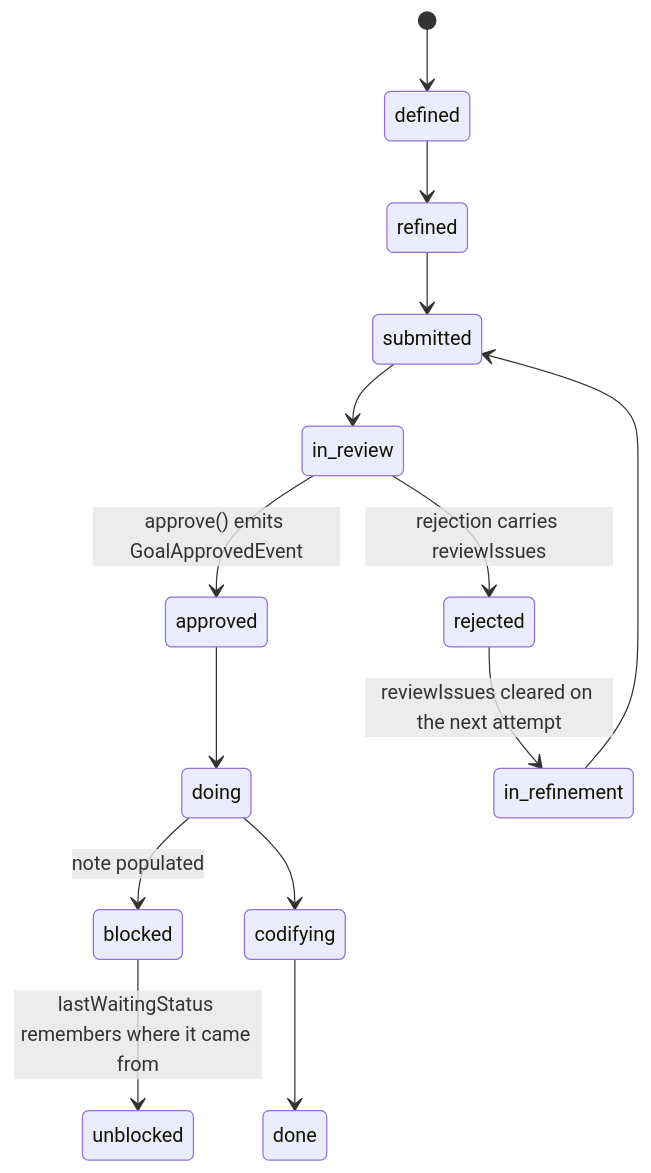
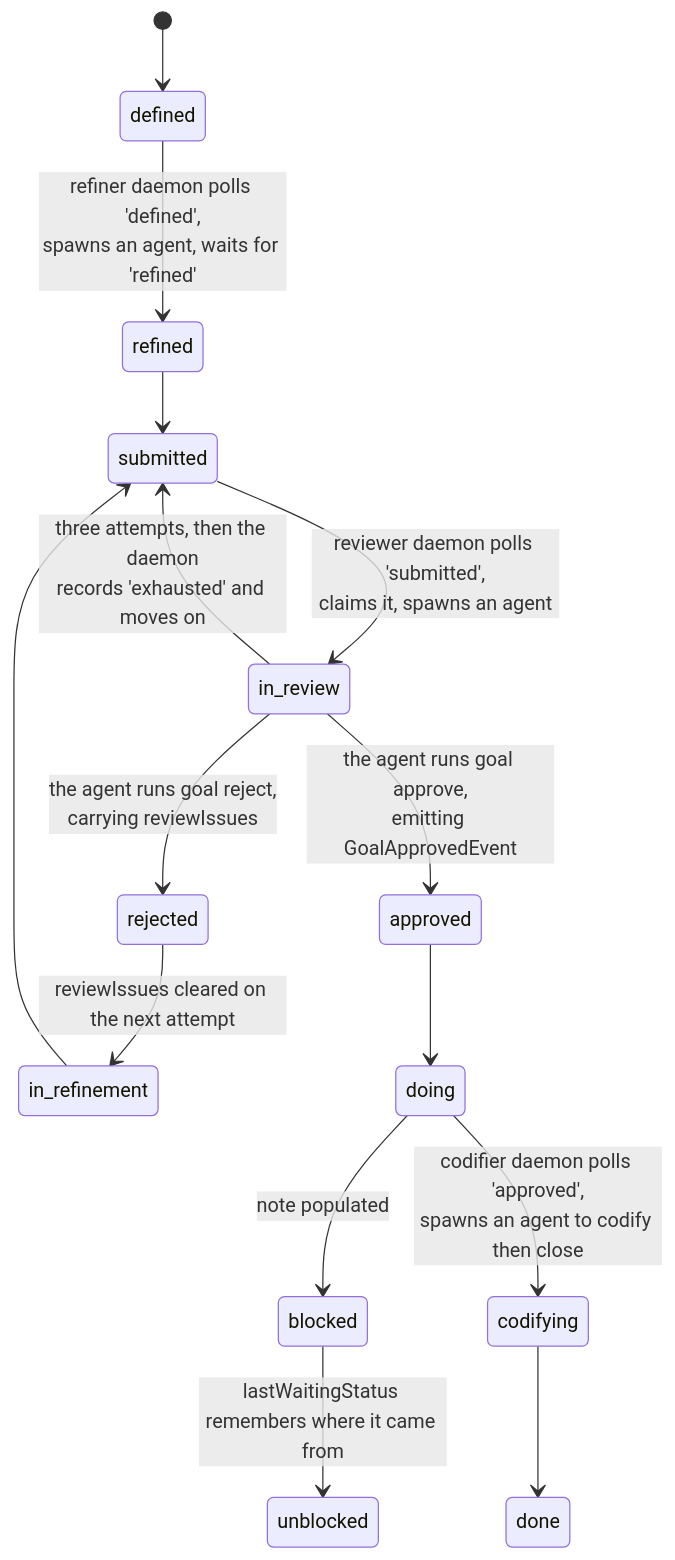
The diagram in content/systems/jumbo.md (neoneye/agent-memory-atlas), drawn with Mermaid before and after one commit. The commit also changed other lines of this file and 18 other files, not shown here.

````diff
--- a/content/systems/jumbo.md
+++ b/content/systems/jumbo.md
@@ -86,17 +126,18 @@
 ```mermaid
-%% caption: the goal lifecycle, where rejection carries its review issues and `lastWaitingStatus` remembers where a blocked goal came back from
+%% caption: the goal lifecycle, with the three daemons that drive it — each polls for a status, claims the goal and delegates the step to an agent subprocess — and with rejection carrying its review issues while `lastWaitingStatus` remembers where a blocked goal came back from
 stateDiagram-v2
     [*] --> defined
-    defined --> refined
+    defined --> refined: refiner daemon polls 'defined',<br/>spawns an agent, waits for 'refined'
     refined --> submitted
-    submitted --> in_review
-    in_review --> approved: approve() emits GoalApprovedEvent
-    in_review --> rejected: rejection carries reviewIssues
+    submitted --> in_review: reviewer daemon polls 'submitted',<br/>claims it, spawns an agent
+    in_review --> approved: the agent runs goal approve,<br/>emitting GoalApprovedEvent
+    in_review --> rejected: the agent runs goal reject,<br/>carrying reviewIssues
+    in_review --> submitted: three attempts, then the daemon<br/>records 'exhausted' and moves on
     rejected --> in_refinement: reviewIssues cleared on the next attempt
     in_refinement --> submitted
     approved --> doing
     doing --> blocked: note populated
     blocked --> unblocked: lastWaitingStatus remembers where it came from
-    doing --> codifying
+    doing --> codifying: codifier daemon polls 'approved',<br/>spawns an agent to codify then close
     codifying --> done
 ```
````
